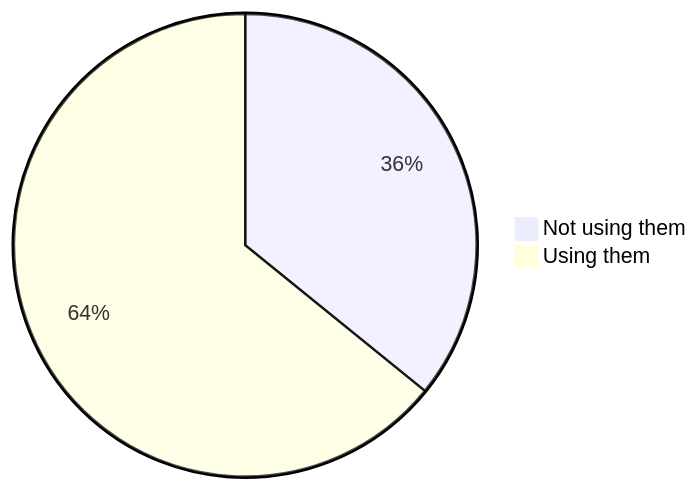
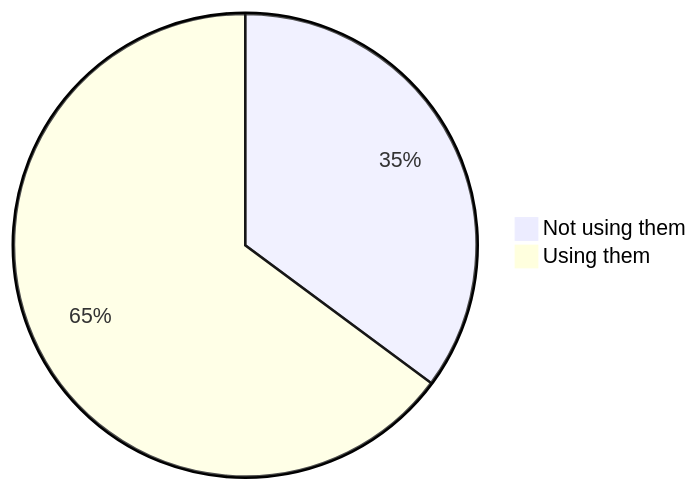
The first of 22 diagrams in stats.md (oshp/oshp-stats), drawn with Mermaid before and after one commit. The commit also changed other lines of this file, not shown here.

````diff
--- a/stats.md
+++ b/stats.md
@@ -10,6 +10,6 @@
 ```mermaid
 pie
-	"Not using them" : 35.84
-	"Using them" : 64.16
+	"Not using them" : 35.15
+	"Using them" : 64.85
 
 ```
````
